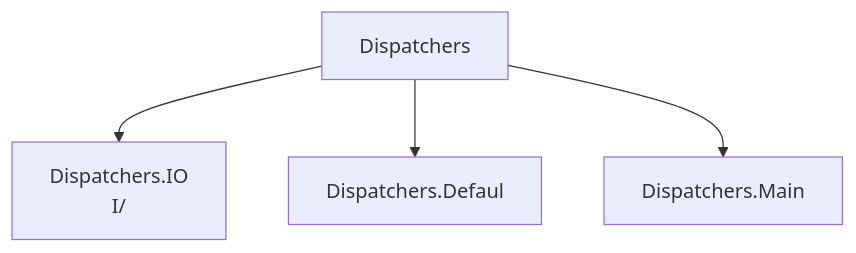
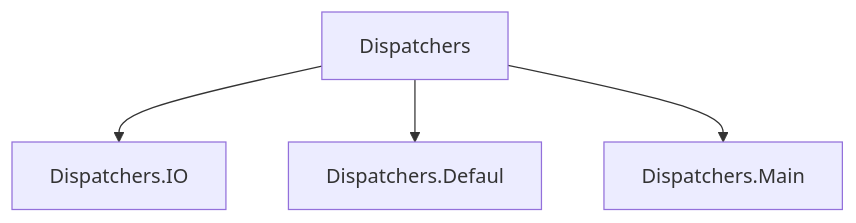
One commit to yjkim2015/yjkim2015.github.io changed the third of 4 diagrams in _posts/kotlin/2026-05-02-kotlin-coroutines.md. Above: the diagram before and after it, drawn with Mermaid. The commit also changed other lines of this file and 217 other files, not shown here.

First line of the commit message:
Mermaid 크기 수정: useMaxWidth:true + SVG max-width:100% + 라벨 축소

````diff
--- a/_posts/kotlin/2026-05-02-kotlin-coroutines.md
+++ b/_posts/kotlin/2026-05-02-kotlin-coroutines.md
@@ -165,6 +165,6 @@
 ```mermaid
 graph TD
-    D["Dispatchers"] --> IO["Dispatchers.IO\nI/"]
+    D["Dispatchers"] --> IO["Dispatchers.IO"]
     D --> Default["Dispatchers.Defaul"]
-    D --> Main["Dispatchers.Main\n"]
+    D --> Main["Dispatchers.Main"]
 ```
````
